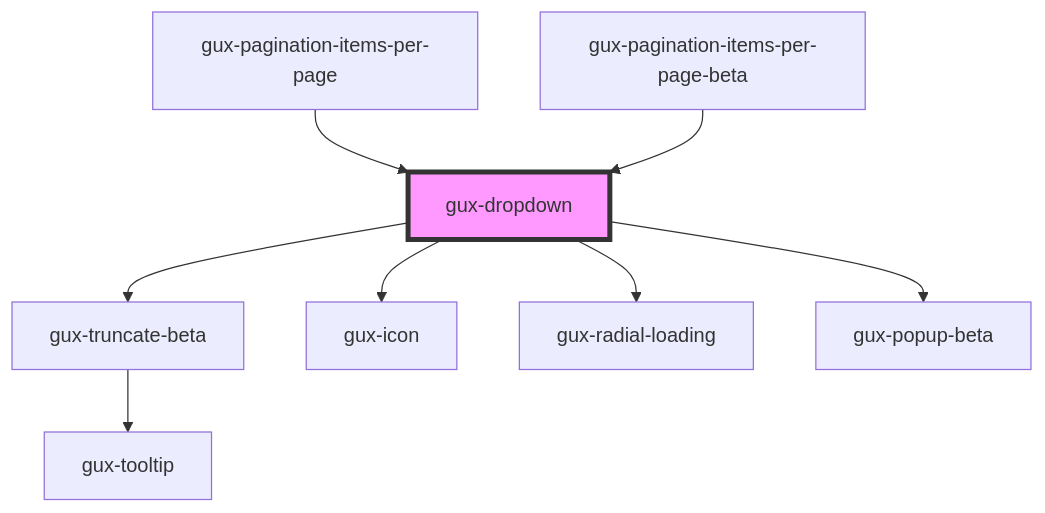
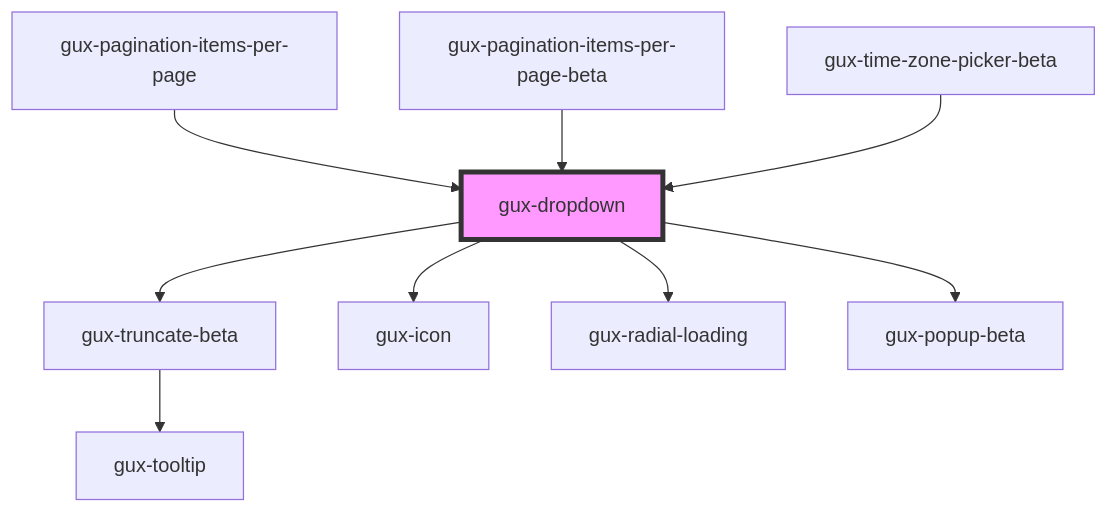
The diagram in packages/genesys-spark-components/src/components/stable/gux-dropdown/readme.md (MyPureCloud/genesys-spark), drawn with Mermaid before and after one commit. The commit also changed other lines of this file and 23 other files, not shown here.

First line of the commit message:
feat(gux-time-zone-picker-beta): add a time zone picker component

````diff
--- a/packages/genesys-spark-components/src/components/stable/gux-dropdown/readme.md
+++ b/packages/genesys-spark-components/src/components/stable/gux-dropdown/readme.md
@@ -58,11 +59,12 @@
 ```mermaid
 graph TD;
   gux-dropdown --> gux-truncate-beta
   gux-dropdown --> gux-icon
   gux-dropdown --> gux-radial-loading
   gux-dropdown --> gux-popup-beta
   gux-truncate-beta --> gux-tooltip
   gux-pagination-items-per-page --> gux-dropdown
   gux-pagination-items-per-page-beta --> gux-dropdown
+  gux-time-zone-picker-beta --> gux-dropdown
   style gux-dropdown fill:#f9f,stroke:#333,stroke-width:4px
 ```
````
